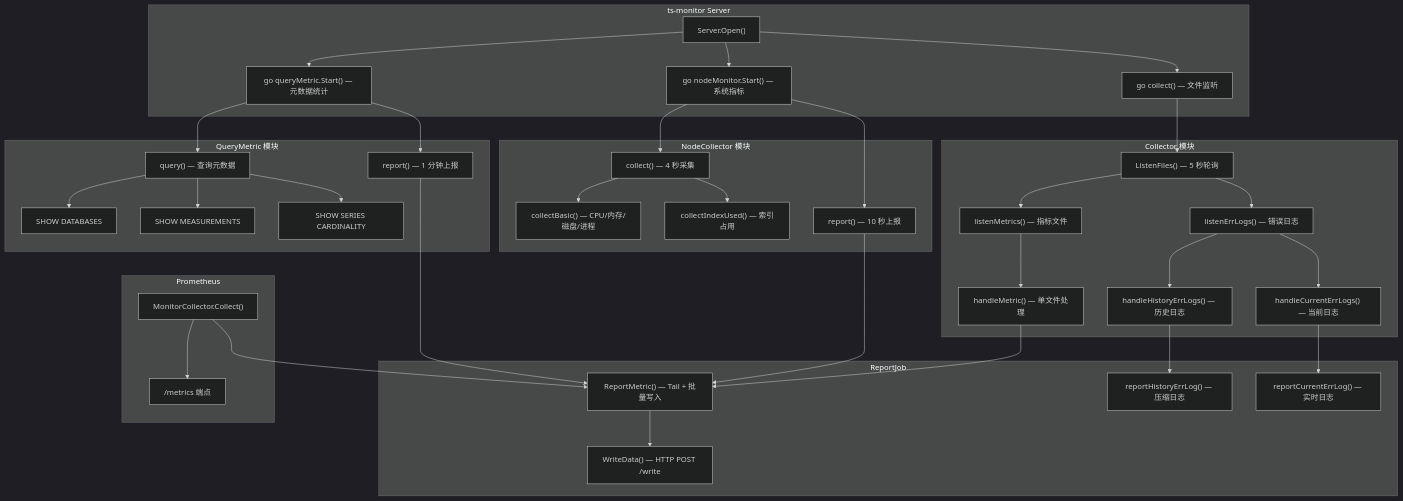
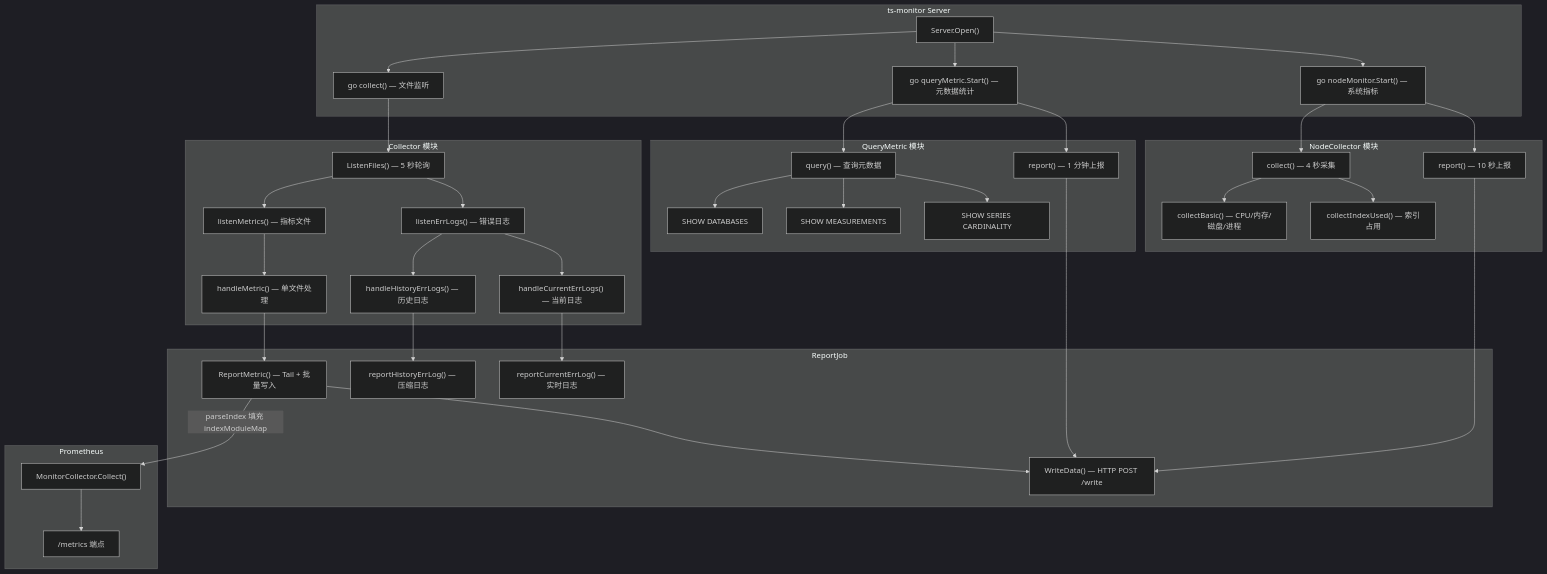
One commit to stefanv5/openGemini changed the second of 7 diagrams in docs/specs/34_monitoring_spec.md. Above: the diagram before and after it, drawn with Mermaid (dark theme). The commit also changed other lines of this file and 37 other files, not shown here.

````diff
--- a/docs/specs/34_monitoring_spec.md
+++ b/docs/specs/34_monitoring_spec.md
@@ -55,47 +57,47 @@
 ```mermaid
 graph TB
     subgraph "ts-monitor Server"
         A["Server.Open()"]
         A --> B["go collect() — 文件监听"]
         A --> C["go nodeMonitor.Start() — 系统指标"]
         A --> D["go queryMetric.Start() — 元数据统计"]
     end
 
     subgraph "Collector 模块"
         B --> E["ListenFiles() — 5 秒轮询"]
         E --> F["listenMetrics() — 指标文件"]
         E --> G["listenErrLogs() — 错误日志"]
         F --> H["handleMetric() — 单文件处理"]
         G --> I["handleHistoryErrLogs() — 历史日志"]
         G --> J["handleCurrentErrLogs() — 当前日志"]
     end
 
     subgraph "NodeCollector 模块"
         C --> K["collect() — 4 秒采集"]
         K --> L["collectBasic() — CPU/内存/磁盘/进程"]
         K --> M["collectIndexUsed() — 索引占用"]
         C --> N["report() — 10 秒上报"]
     end
 
     subgraph "QueryMetric 模块"
         D --> O["query() — 查询元数据"]
         O --> P["SHOW DATABASES"]
         O --> Q["SHOW MEASUREMENTS"]
         O --> R["SHOW SERIES CARDINALITY"]
         D --> S["report() — 1 分钟上报"]
     end
 
     subgraph "ReportJob"
         H --> T["ReportMetric() — Tail + 批量写入"]
         I --> U["reportHistoryErrLog() — 压缩日志"]
         J --> V["reportCurrentErrLog() — 实时日志"]
-        N --> T
-        S --> T
+        N --> W
+        S --> W
         T --> W["WriteData() — HTTP POST /write"]
     end
 
     subgraph "Prometheus"
         X["MonitorCollector.Collect()"] --> Y["/metrics 端点"]
-        X --> T
+        T -->|"parseIndex 填充 indexModuleMap"| X
     end
 ```
````
